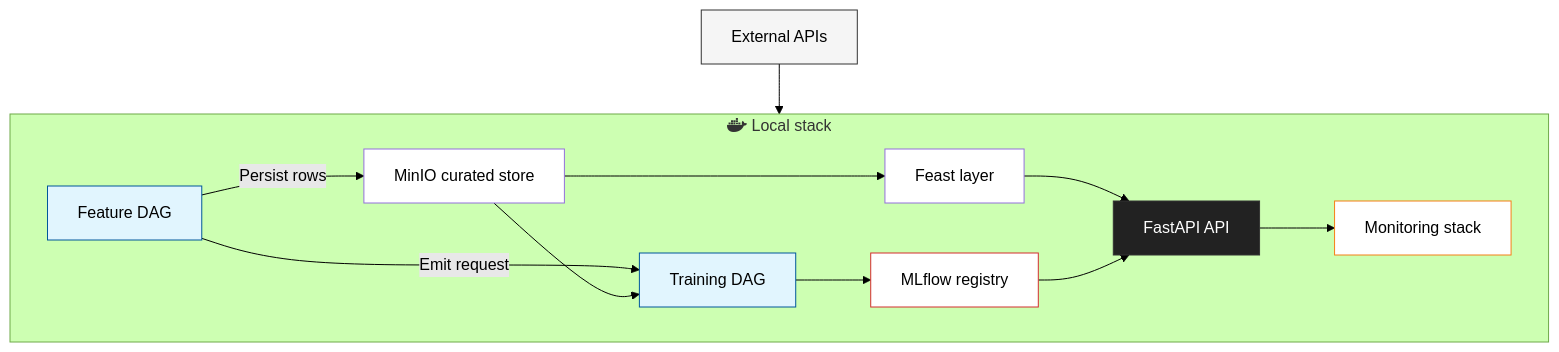
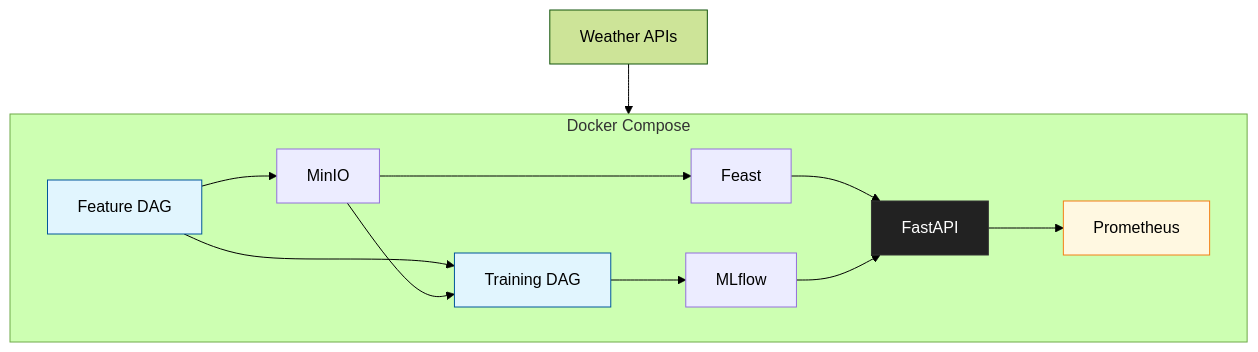
The third of 4 diagrams in docs/site/system/architecture.md (javihslu/foehncast), drawn with Mermaid (forest theme) before and after one commit. The commit also changed other lines of this file and 6 other files, not shown here.

```diff
--- a/docs/site/system/architecture.md
+++ b/docs/site/system/architecture.md
@@ -205,33 +94,30 @@
 <div class="mermaid">
 flowchart TD
-    %% Stylings
-    classDef infra fill:#f5f5f5,stroke:#333
     classDef pipeline fill:#e1f5fe,stroke:#01579b
-    classDef registry fill:#fff,stroke:#d32f2f
+    classDef storage fill:#ececff,stroke:#9370db
     classDef app fill:#222,stroke:#333,color:#fff
-    classDef storage fill:#fff,stroke:#9370db
-    classDef monitor fill:#fff,stroke:#f57f17
+    classDef monitor fill:#fff8e1,stroke:#f57f17
 
-    EXT["External APIs"]:::infra
+    EXT["Weather APIs"]
 
-    subgraph LocalStack ["fab:fa-docker Local stack"]
+    subgraph Stack ["Docker Compose"]
         direction LR
         FEAT["Feature DAG"]:::pipeline
-        MIN["MinIO curated store"]:::storage
+        MIN["MinIO"]:::storage
         TRAIN["Training DAG"]:::pipeline
-        MLF["MLflow registry"]:::registry
-        FEAST["Feast layer"]:::storage
-        APP["FastAPI API"]:::app
-        MON["Monitoring stack"]:::monitor
+        MLF["MLflow"]:::storage
+        FEAST["Feast"]:::storage
+        APP["FastAPI"]:::app
+        MON["Prometheus"]:::monitor
     end
 
     EXT --> FEAT
-    FEAT -- "Persist rows" --> MIN
-    FEAT -- "Emit request" --> TRAIN
+    FEAT --> MIN
+    FEAT --> TRAIN
     MIN --> TRAIN
     TRAIN --> MLF
     MIN --> FEAST
     FEAST --> APP
     MLF --> APP
     APP --> MON
 </div>
```
